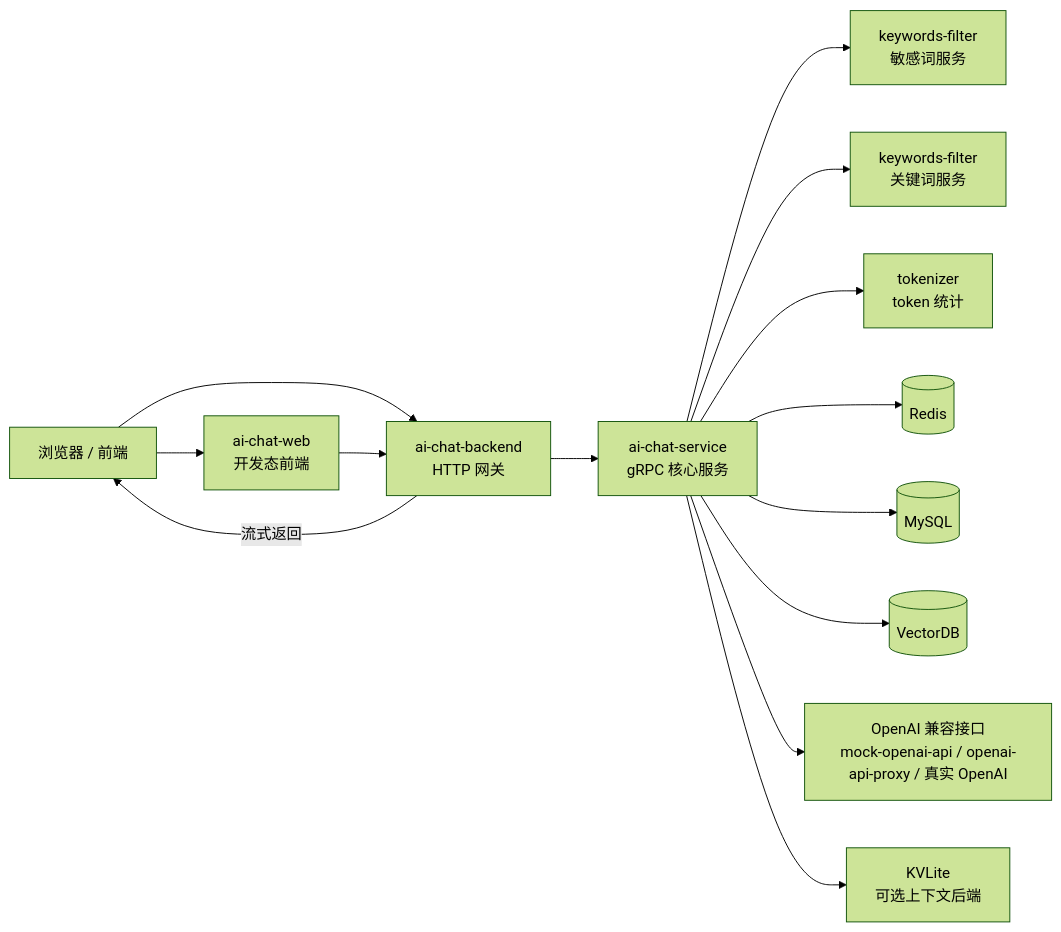
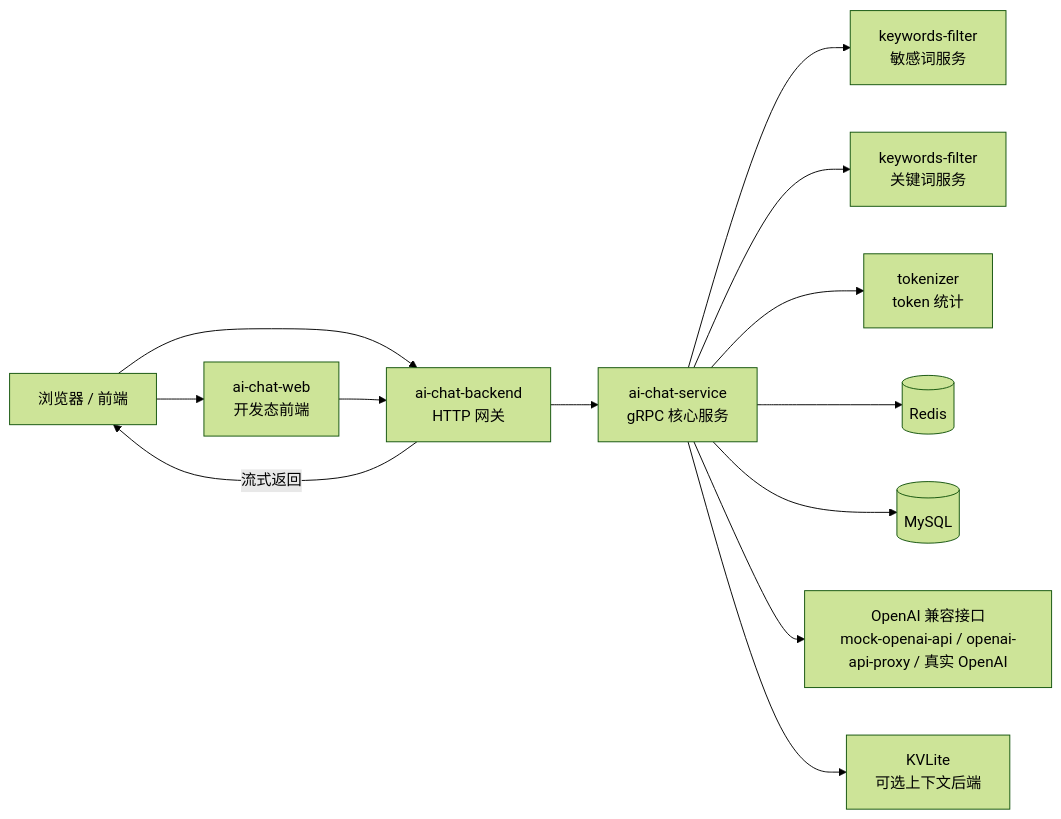
Before and after one commit to 208822032/Sevra: the diagram in docs/ai-chat-startup-guide.md, drawn with Mermaid (forest theme). The commit also changed other lines of this file and 89 other files, not shown here.

````diff
--- a/docs/ai-chat-startup-guide.md
+++ b/docs/ai-chat-startup-guide.md
@@ -20,27 +20,26 @@
 ```mermaid
 flowchart LR
     U[浏览器 / 前端] --> W[ai-chat-web
 开发态前端]
     U --> B[ai-chat-backend
 HTTP 网关]
     W --> B
 
     B --> S[ai-chat-service
 gRPC 核心服务]
 
     S --> K1[keywords-filter
 敏感词服务]
     S --> K2[keywords-filter
 关键词服务]
     S --> T[tokenizer
 token 统计]
     S --> R[(Redis)]
     S --> M[(MySQL)]
-    S --> V[(VectorDB)]
     S --> O[OpenAI 兼容接口
 mock-openai-api / openai-api-proxy / 真实 OpenAI]
     S --> X[KVLite
 可选上下文后端]
 
     B -->|流式返回| U
 ```
````
